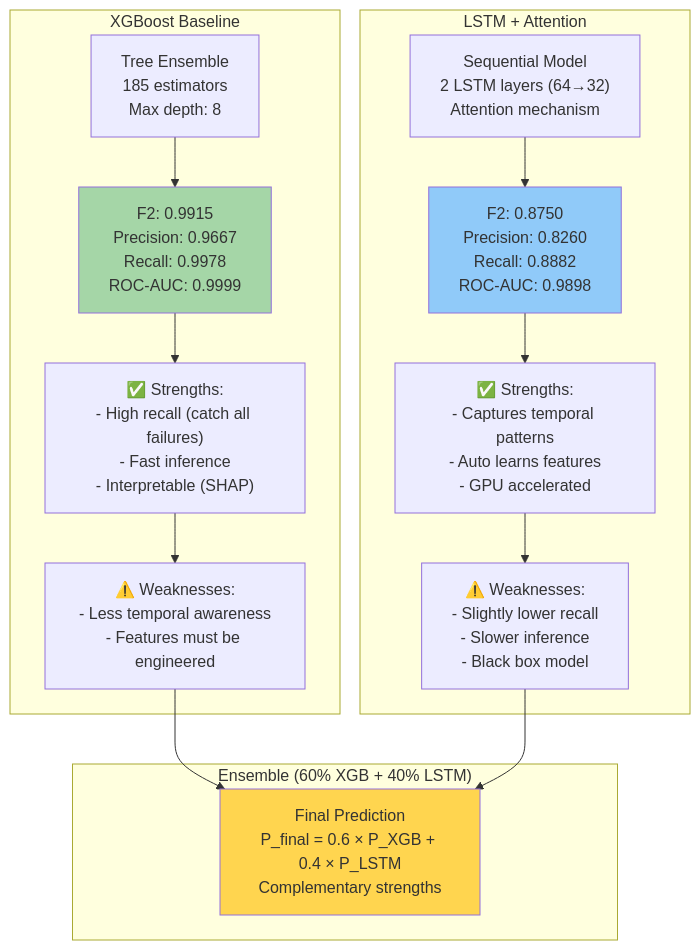
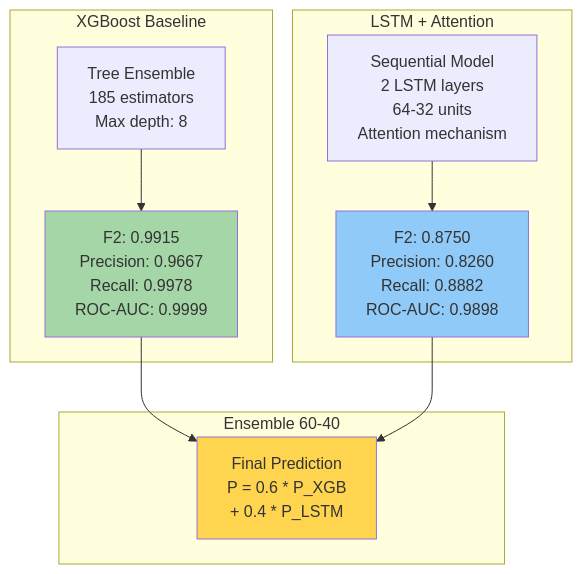
The third of 5 diagrams in assets/architecture.md (atikulmunna/predictive-maintenance-mlops), drawn with Mermaid before and after one commit. The commit also changed other lines of this file, not shown here.

Commit message:
fix: Simplify Mermaid diagrams - remove emoji and complex styling for better compatibility

````diff
--- a/assets/architecture.md
+++ b/assets/architecture.md
@@ -116,35 +82,26 @@
 ```mermaid
 graph TB
-    subgraph "XGBoost Baseline"
+    subgraph X["XGBoost Baseline"]
         XGB_ARCH["Tree Ensemble<br/>185 estimators<br/>Max depth: 8"]
         XGB_PERF["F2: 0.9915<br/>Precision: 0.9667<br/>Recall: 0.9978<br/>ROC-AUC: 0.9999"]
-        XGB_STR["✅ Strengths:<br/>- High recall (catch all failures)<br/>- Fast inference<br/>- Interpretable (SHAP)"]
-        XGB_WK["⚠️ Weaknesses:<br/>- Less temporal awareness<br/>- Features must be engineered"]
     end
     
-    subgraph "LSTM + Attention"
-        LSTM_ARCH["Sequential Model<br/>2 LSTM layers (64→32)<br/>Attention mechanism"]
+    subgraph L["LSTM + Attention"]
+        LSTM_ARCH["Sequential Model<br/>2 LSTM layers<br/>64-32 units<br/>Attention mechanism"]
         LSTM_PERF["F2: 0.8750<br/>Precision: 0.8260<br/>Recall: 0.8882<br/>ROC-AUC: 0.9898"]
-        LSTM_STR["✅ Strengths:<br/>- Captures temporal patterns<br/>- Auto learns features<br/>- GPU accelerated"]
-        LSTM_WK["⚠️ Weaknesses:<br/>- Slightly lower recall<br/>- Slower inference<br/>- Black box model"]
     end
     
-    subgraph "Ensemble (60% XGB + 40% LSTM)"
-        ENS["Final Prediction<br/>P_final = 0.6 × P_XGB + 0.4 × P_LSTM<br/>Complementary strengths"]
+    subgraph E["Ensemble 60-40"]
+        ENS["Final Prediction<br/>P = 0.6 * P_XGB<br/>+ 0.4 * P_LSTM"]
     end
     
     XGB_ARCH-->XGB_PERF
-    XGB_PERF-->XGB_STR
-    XGB_STR-->XGB_WK
+    LSTM_ARCH-->LSTM_PERF
     
-    LSTM_ARCH-->LSTM_PERF
-    LSTM_PERF-->LSTM_STR
-    LSTM_STR-->LSTM_WK
-    
-    XGB_WK-->ENS
-    LSTM_WK-->ENS
+    XGB_PERF-->ENS
+    LSTM_PERF-->ENS
     
     style XGB_PERF fill:#A5D6A7
     style LSTM_PERF fill:#90CAF9
     style ENS fill:#FFD54F
 ```
````
